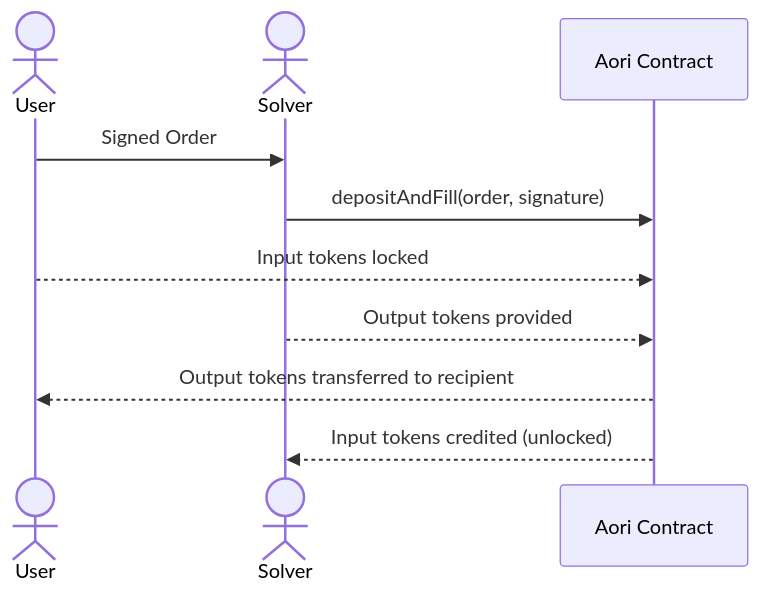
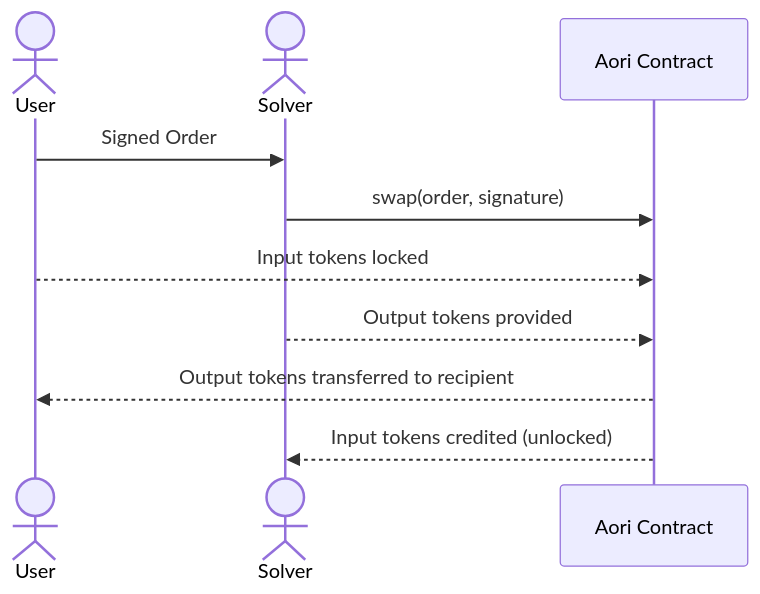
One commit to aori-io/aori changed the fourth of 6 diagrams in README.md. Above: the diagram before and after it, drawn with Mermaid. The commit also changed other lines of this file, not shown here.

````diff
--- a/README.md
+++ b/README.md
@@ -125,13 +132,13 @@
 ```mermaid
 sequenceDiagram
     actor User
     actor Solver
     participant Aori as Aori Contract
 
     User->>Solver: Signed Order
-    Solver->>Aori: depositAndFill(order, signature)
+    Solver->>Aori: swap(order, signature)
     User-->>Aori: Input tokens locked
     Solver-->>Aori: Output tokens provided
     Aori-->>User: Output tokens transferred to recipient
     Aori-->>Solver: Input tokens credited (unlocked)
 ```
````
